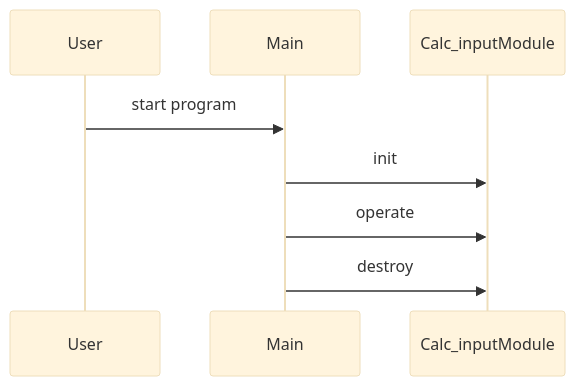
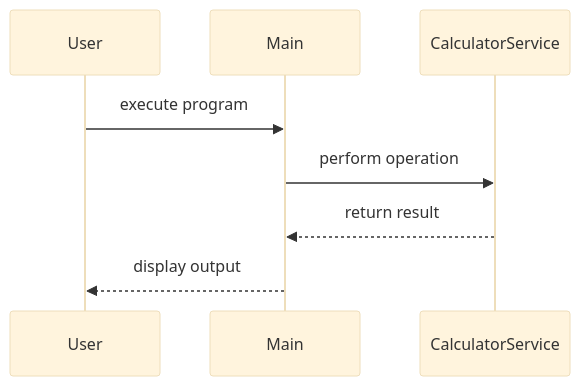
The diagram in reports/calc_input/Design.md (jahnaviyakkala/EvoForge), drawn with Mermaid (base theme) before and after one commit. The commit also changed other lines of this file and 19 other files, not shown here.

Commit message:
auto(sdlc): update calc_input autonomously

````diff
--- a/reports/calc_input/Design.md
+++ b/reports/calc_input/Design.md
@@ -16,11 +12,11 @@
 ```mermaid
 sequenceDiagram
     participant User
     participant Main
-    participant Calc_inputModule
+    participant CalculatorService
 
-    User->>Main: start program
-    Main->>Calc_inputModule: init
-    Main->>Calc_inputModule: operate
-    Main->>Calc_inputModule: destroy
+    User->>Main: execute program
+    Main->>CalculatorService: perform operation
+    CalculatorService-->>Main: return result
+    Main-->>User: display output
 ```
````
